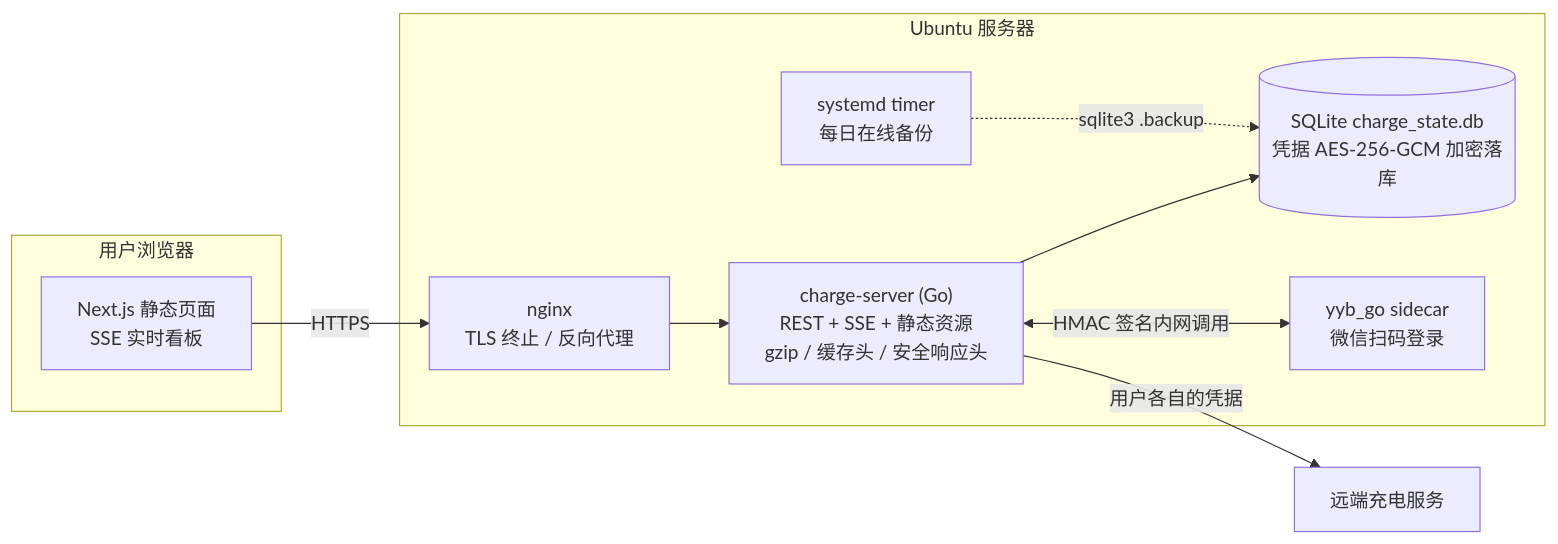
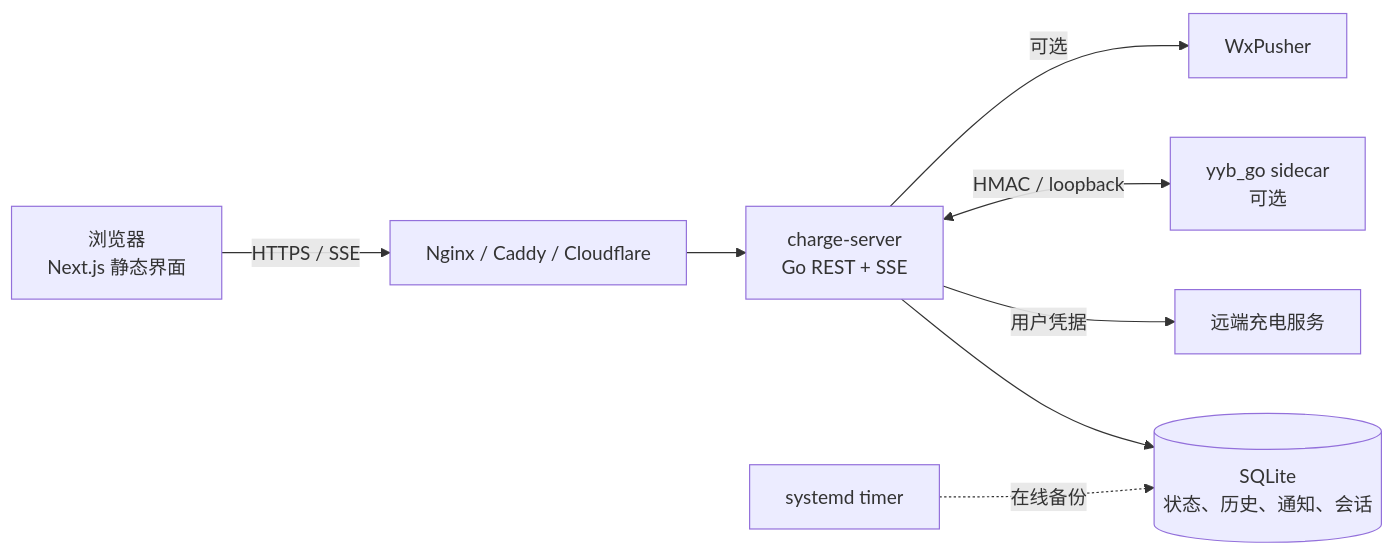
One commit to ninuan/charge-api changed the diagram in README.md. Above: the diagram before and after it, drawn with Mermaid. The commit also changed other lines of this file and 3 other files, not shown here.

````diff
--- a/README.md
+++ b/README.md
@@ -66,19 +199,10 @@
 ```mermaid
 flowchart LR
-  subgraph Client["用户浏览器"]
-    UI["Next.js 静态页面<br/>SSE 实时看板"]
-  end
-  subgraph Server["Ubuntu 服务器"]
-    NG["nginx<br/>TLS 终止 / 反向代理"]
-    API["charge-server (Go)<br/>REST + SSE + 静态资源<br/>gzip / 缓存头 / 安全响应头"]
-    DB[("SQLite charge_state.db<br/>凭据 AES-256-GCM 加密落库")]
-    YYB["yyb_go sidecar<br/>微信扫码登录"]
-    TIMER["systemd timer<br/>每日在线备份"]
-  end
-  REMOTE["远端充电服务"]
-  UI -->|"HTTPS"| NG --> API
-  API --> DB
-  API <-->|"HMAC 签名内网调用"| YYB
-  API -->|"用户各自的凭据"| REMOTE
-  TIMER -.->|"sqlite3 .backup"| DB
+  Browser["浏览器<br/>Next.js 静态界面"] -->|HTTPS / SSE| Proxy["Nginx / Caddy / Cloudflare"]
+  Proxy --> API["charge-server<br/>Go REST + SSE"]
+  API --> DB[("SQLite<br/>状态、历史、通知、会话")]
+  API -->|用户凭据| Remote["远端充电服务"]
+  API <-->|HMAC / loopback| YYB["yyb_go sidecar<br/>可选"]
+  API -->|可选| WxPusher["WxPusher"]
+  Backup["systemd timer"] -. 在线备份 .-> DB
 ```
````
